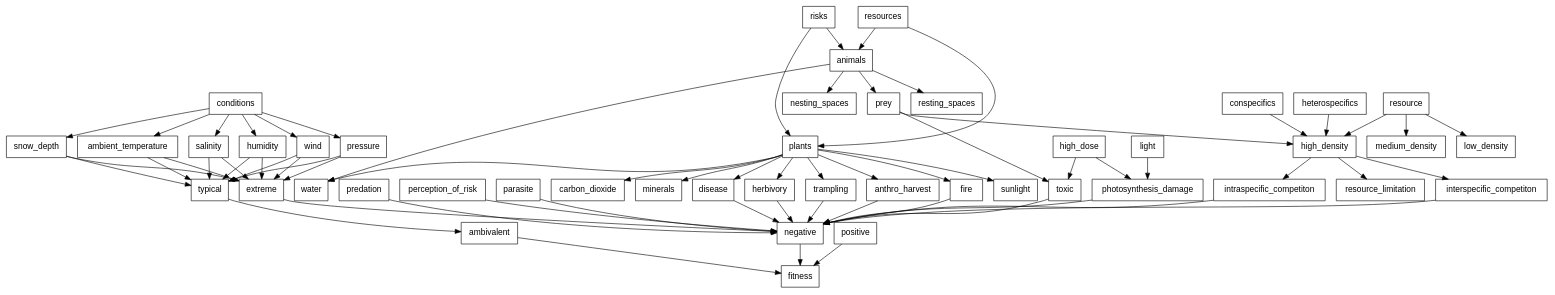
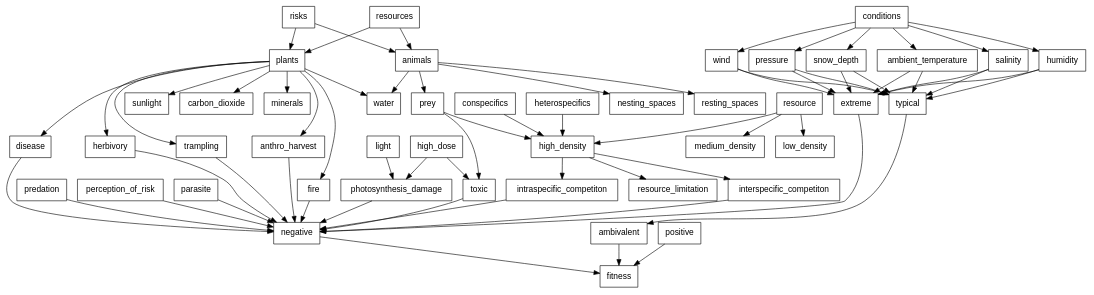
The diagram in gv/resources-risks-conditions.gv (robitalec/comprehensive-exam), drawn with Graphviz before and after one commit.

Commit message:
same ranks

```diff
--- a/gv/resources-risks-conditions.gv
+++ b/gv/resources-risks-conditions.gv
@@ -1,34 +1,41 @@
 digraph resources_risks_conditions {
 
   graph [fontsize = 12]
 
 	node [shape = box, fontname = Helvetica]
 
+		{rank=same
     resources
     risks
     conditions
+		}
+
+		{rank=same
+    animals
+    plants
+		}
 
     resources -> plants -> {sunlight carbon_dioxide water minerals}
     resources -> animals -> {prey water nesting_spaces resting_spaces}
 
     risks -> plants -> {herbivory trampling anthro_harvest fire disease}
     risks -> animals {predation perception_of_risk parasite disease anthro_harvest}
 
     conditions -> {ambient_temperature salinity humidity wind pressure snow_depth} -> {extreme typical}
 
     {prey high_dose} -> toxic
     {light high_dose} -> photosynthesis_damage
 
     {prey conspecifics heterospecifics} -> high_density -> {intraspecific_competiton resource_limitation interspecific_competiton}
 
     resource -> {low_density medium_density high_density}
 
     extreme -> negative
     typical -> ambivalent
 
     {toxic photosynthesis_damage interspecific_competiton intraspecific_competiton} -> negative
     {herbivory trampling anthro_harvest fire disease parasite perception_of_risk predation} -> negative
 
     {positive  negative  ambivalent} -> fitness
 
 }
```
